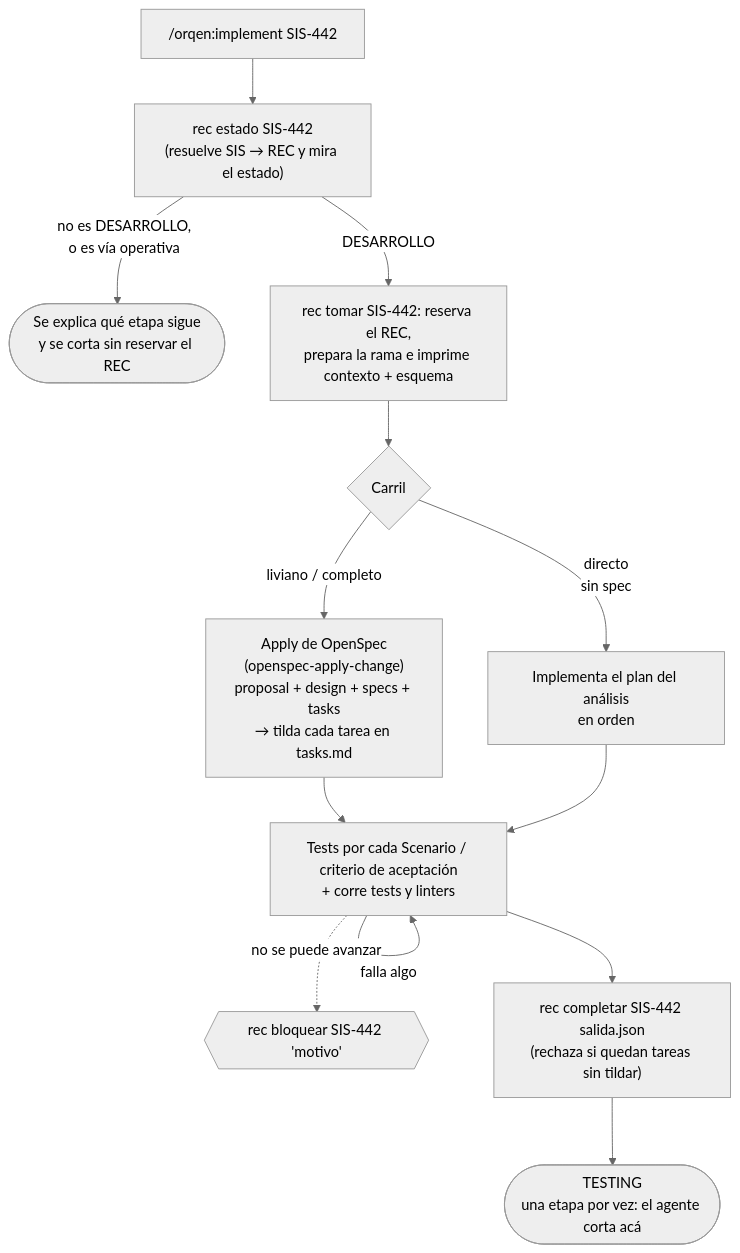
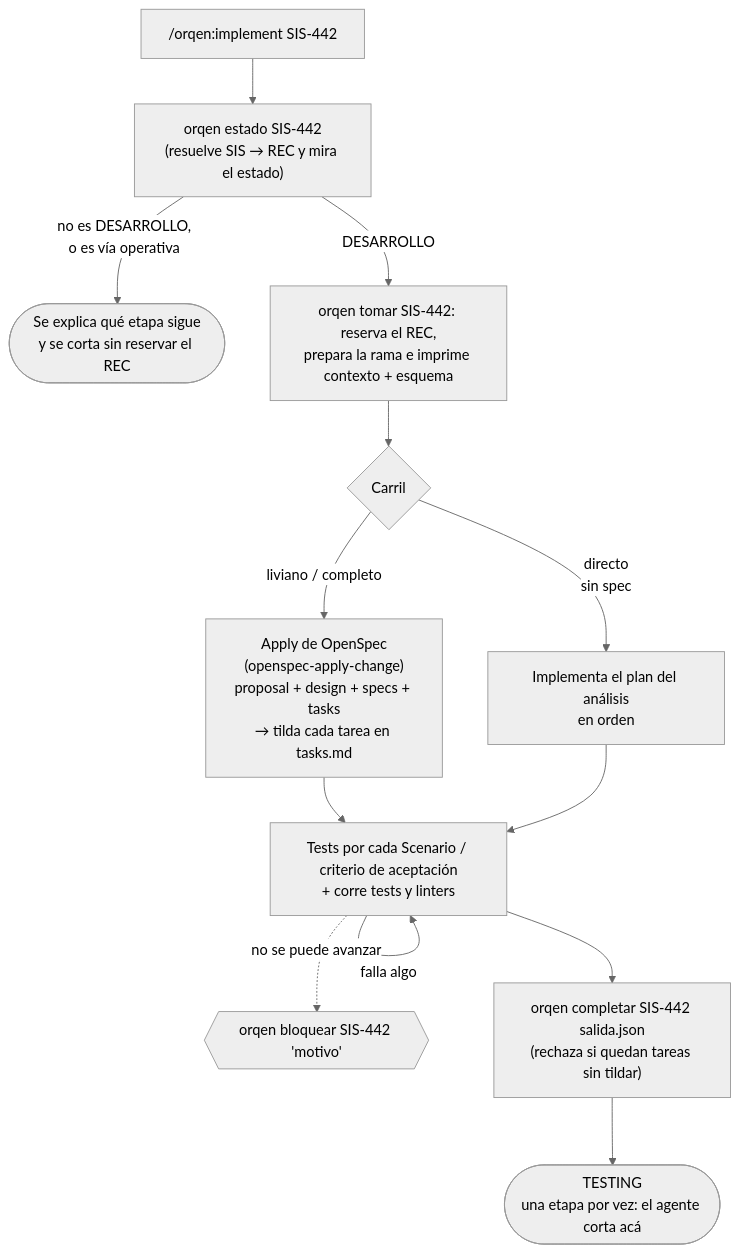
Before and after one commit to sistemas-telpin/orqen: the second of 3 diagrams in README.md, drawn with Mermaid (neutral theme). The commit also changed other lines of this file and 22 other files, not shown here.

````diff
--- a/README.md
+++ b/README.md
@@ -68,15 +68,15 @@
 ```mermaid
 flowchart TD
-    A["/orqen:implement SIS-442"] --> B["rec estado SIS-442<br/>(resuelve SIS → REC y mira el estado)"]
+    A["/orqen:implement SIS-442"] --> B["orqen estado SIS-442<br/>(resuelve SIS → REC y mira el estado)"]
     B -->|"no es DESARROLLO,<br/>o es vía operativa"| X(["Se explica qué etapa sigue<br/>y se corta sin reservar el REC"])
-    B -->|"DESARROLLO"| C["rec tomar SIS-442: reserva el REC,<br/>prepara la rama e imprime contexto + esquema"]
+    B -->|"DESARROLLO"| C["orqen tomar SIS-442: reserva el REC,<br/>prepara la rama e imprime contexto + esquema"]
     C --> D{"Carril"}
     D -->|"liviano / completo"| E["Apply de OpenSpec<br/>(openspec-apply-change)<br/>proposal + design + specs + tasks<br/>→ tilda cada tarea en tasks.md"]
     D -->|"directo<br/>sin spec"| F["Implementa el plan del análisis<br/>en orden"]
     E --> G
     F --> G["Tests por cada Scenario / criterio de aceptación<br/>+ corre tests y linters"]
     G -->|"falla algo"| G
-    G --> H["rec completar SIS-442 salida.json<br/>(rechaza si quedan tareas sin tildar)"]
+    G --> H["orqen completar SIS-442 salida.json<br/>(rechaza si quedan tareas sin tildar)"]
     H --> I(["TESTING<br/>una etapa por vez: el agente corta acá"])
-    G -.->|"no se puede avanzar"| Z{{"rec bloquear SIS-442 'motivo'"}}
+    G -.->|"no se puede avanzar"| Z{{"orqen bloquear SIS-442 'motivo'"}}
 ```
````
